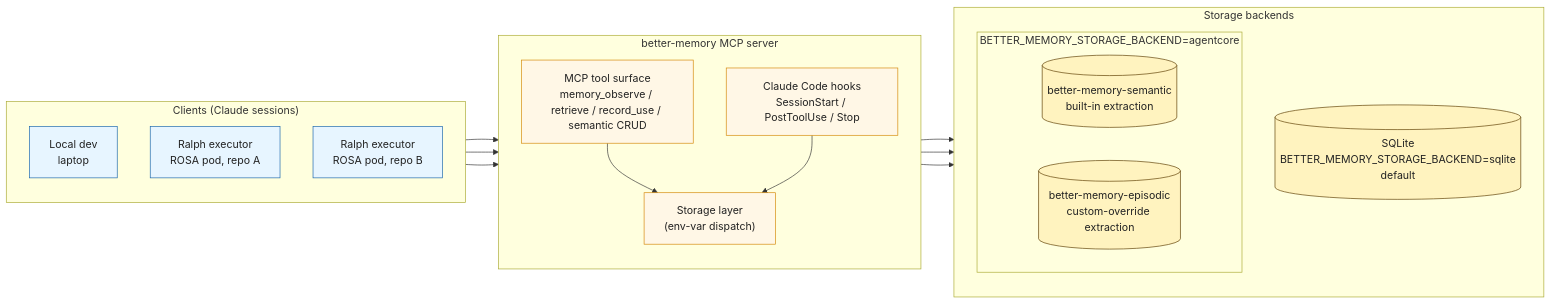
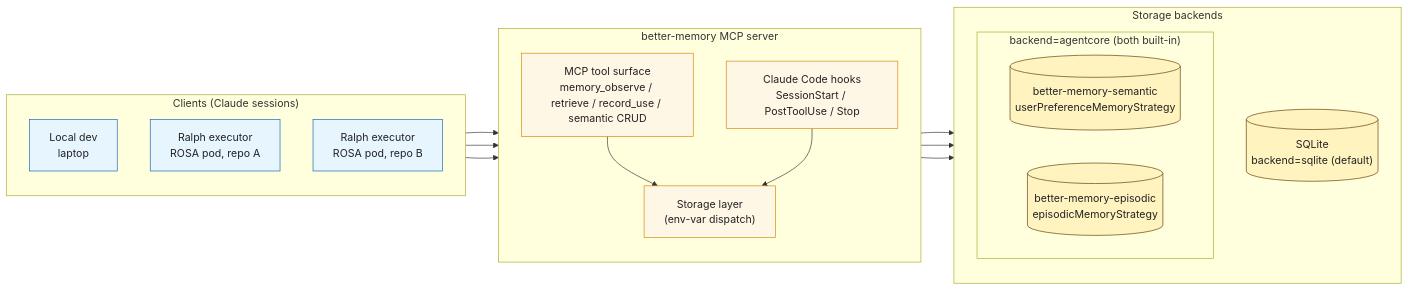
Before and after one commit to emp3thy/better-memory: the diagram in docs/superpowers/specs/2026-05-24-agentcore-storage-backend-design.md, drawn with Mermaid. The commit also changed other lines of this file, not shown here.

````diff
--- a/docs/superpowers/specs/2026-05-24-agentcore-storage-backend-design.md
+++ b/docs/superpowers/specs/2026-05-24-agentcore-storage-backend-design.md
@@ -40,42 +41,42 @@
 ```mermaid
 flowchart LR
   subgraph clients["Clients (Claude sessions)"]
     direction TB
     Dev["Local dev<br/>laptop"]
     Ralph1["Ralph executor<br/>ROSA pod, repo A"]
     Ralph2["Ralph executor<br/>ROSA pod, repo B"]
   end
 
   subgraph bm["better-memory MCP server"]
     direction TB
     MCP["MCP tool surface<br/>memory_observe / retrieve / record_use / semantic CRUD"]
     Hooks["Claude Code hooks<br/>SessionStart / PostToolUse / Stop"]
     Storage["Storage layer<br/>(env-var dispatch)"]
     MCP --> Storage
     Hooks --> Storage
   end
 
   subgraph backends["Storage backends"]
     direction TB
-    SQLite[("SQLite<br/>BETTER_MEMORY_STORAGE_BACKEND=sqlite<br/>default")]
-    subgraph agentcore["BETTER_MEMORY_STORAGE_BACKEND=agentcore"]
+    SQLite[("SQLite<br/>backend=sqlite (default)")]
+    subgraph agentcore["backend=agentcore (both built-in)"]
       direction LR
-      MSemantic[("better-memory-semantic<br/>built-in extraction")]
-      MEpisodic[("better-memory-episodic<br/>custom-override extraction")]
+      MSemantic[("better-memory-semantic<br/>userPreferenceMemoryStrategy")]
+      MEpisodic[("better-memory-episodic<br/>episodicMemoryStrategy")]
     end
   end
 
   Dev --> MCP
   Ralph1 --> MCP
   Ralph2 --> MCP
   Storage --> SQLite
   Storage --> MSemantic
   Storage --> MEpisodic
 
   classDef client fill:#e7f5ff,stroke:#1864ab,color:#222
   classDef server fill:#fff7e6,stroke:#d48806,color:#222
   classDef store fill:#fff3bf,stroke:#5c3c00,color:#222
   class Dev,Ralph1,Ralph2 client
   class MCP,Hooks,Storage server
   class SQLite,MSemantic,MEpisodic store
 ```
````
